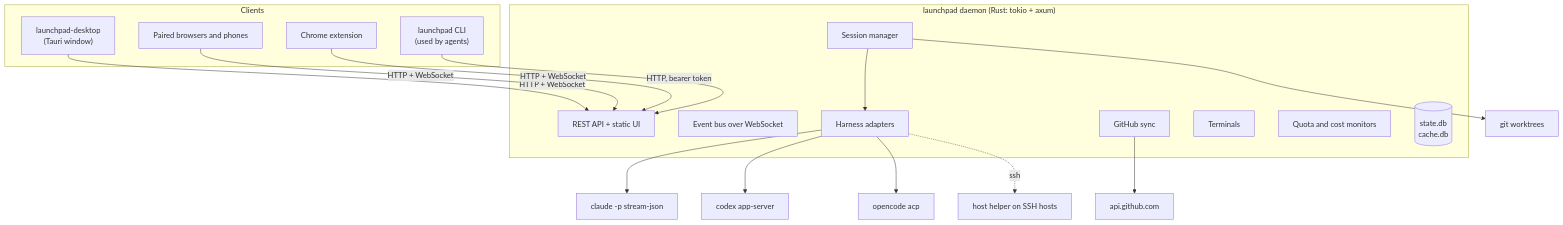
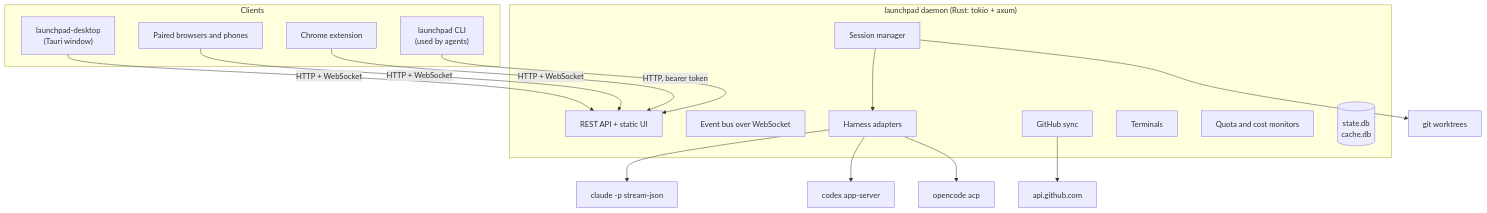
Before and after one commit to Wauplin/launchpad: the first of 2 diagrams in docs/architecture.md, drawn with Mermaid. The commit also changed 109 other files, not shown here.

````diff
--- a/docs/architecture.md
+++ b/docs/architecture.md
@@ -5,28 +5,27 @@
 ```mermaid
 flowchart TB
     subgraph Clients
         W["launchpad-desktop<br/>(Tauri window)"]
         B[Paired browsers and phones]
         X[Chrome extension]
         CLI["launchpad CLI<br/>(used by agents)"]
     end
     subgraph Daemon["launchpad daemon (Rust: tokio + axum)"]
         API[REST API + static UI]
         BUS[Event bus over WebSocket]
         S[Session manager]
         H[Harness adapters]
         G[GitHub sync]
         T[Terminals]
         Q[Quota and cost monitors]
         DB[("state.db<br/>cache.db")]
     end
     W & B & X -->|HTTP + WebSocket| API
     CLI -->|HTTP, bearer token| API
     S --> H
     H --> C1[claude -p stream-json]
     H --> C2[codex app-server]
     H --> C3[opencode acp]
-    H -.->|ssh| HH[host helper on SSH hosts]
     G --> GH[api.github.com]
     S --> GIT[git worktrees]
 ```
````
